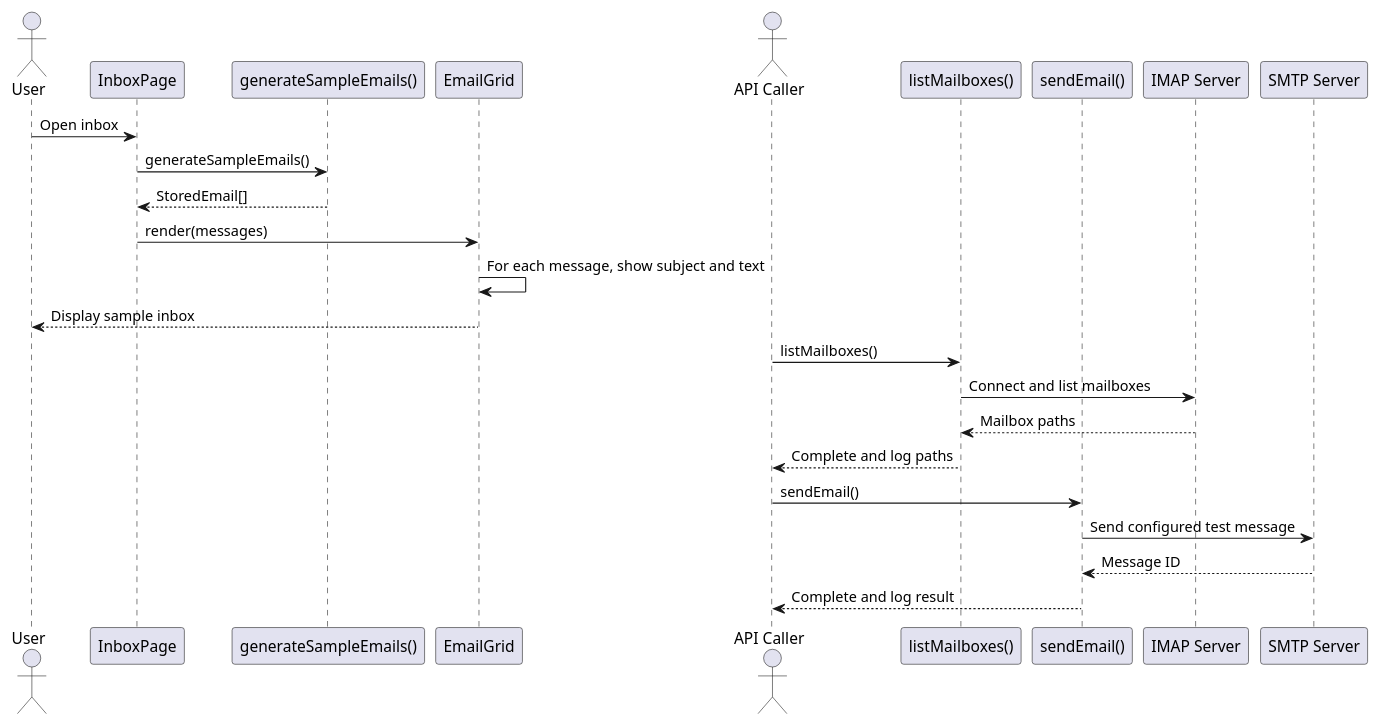
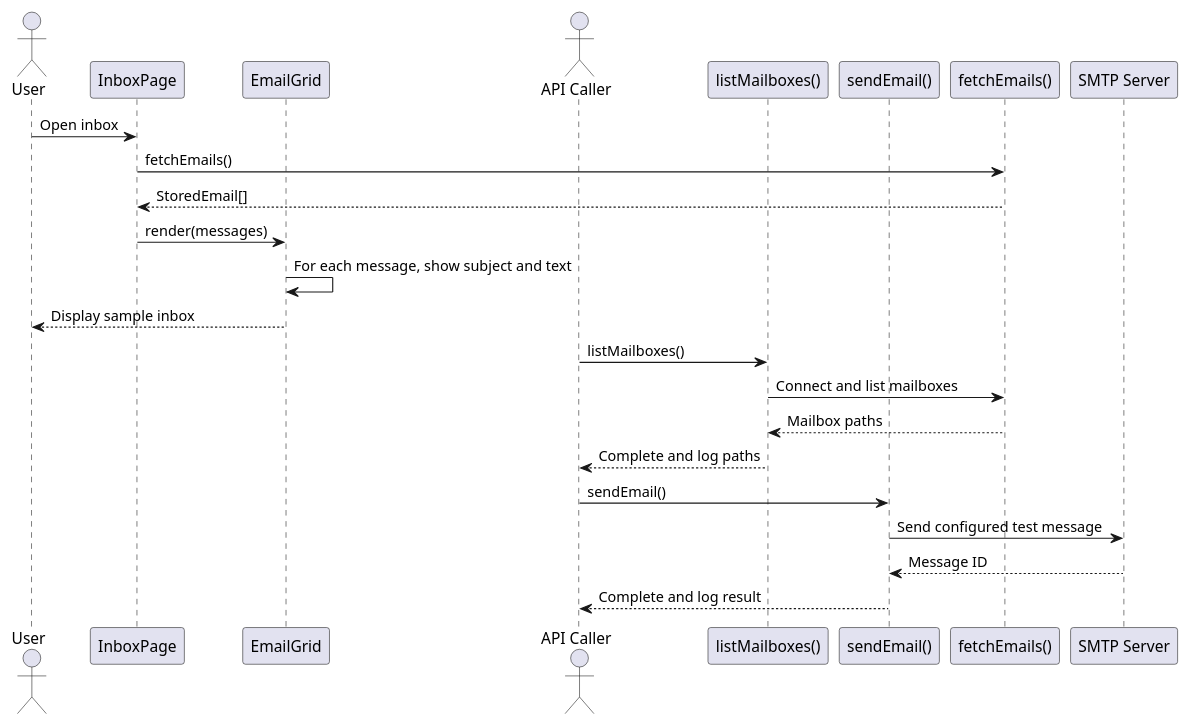
The diagram in docs/uml/email-sequence.puml (nathanalger/cs3141-team-software-project), drawn with PlantUML before and after one commit.

Commit message:
chore: fix sequence diagram

```diff
--- a/docs/uml/email-sequence.puml
+++ b/docs/uml/email-sequence.puml
@@ -1,29 +1,29 @@
 @startuml
 actor User
 participant InboxPage
-participant "generateSampleEmails()" as Factory
+participant "fetchEmails()" as IMAP
 participant EmailGrid
 
 User -> InboxPage: Open inbox
-InboxPage -> Factory: generateSampleEmails()
-Factory --> InboxPage: StoredEmail[]
+InboxPage -> IMAP: fetchEmails()
+IMAP--> InboxPage: StoredEmail[]
 InboxPage -> EmailGrid: render(messages)
 EmailGrid -> EmailGrid: For each message, show subject and text
 EmailGrid --> User: Display sample inbox
 
 actor "API Caller" as Caller
 participant "listMailboxes()" as MailboxAPI
 participant "sendEmail()" as SendAPI
 participant "IMAP Server" as IMAP
 participant "SMTP Server" as SMTP
 
 Caller -> MailboxAPI: listMailboxes()
 MailboxAPI -> IMAP: Connect and list mailboxes
 IMAP --> MailboxAPI: Mailbox paths
 MailboxAPI --> Caller: Complete and log paths
 
 Caller -> SendAPI: sendEmail()
 SendAPI -> SMTP: Send configured test message
 SMTP --> SendAPI: Message ID
 SendAPI --> Caller: Complete and log result
 @enduml
```
